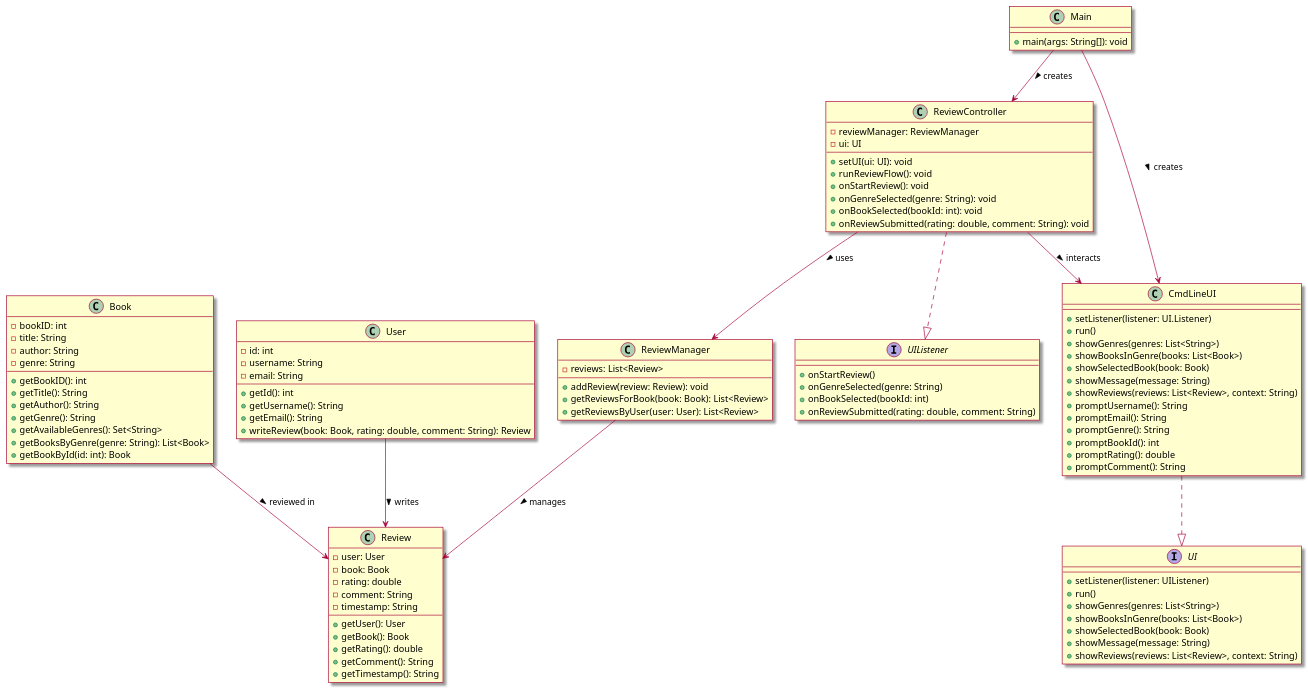
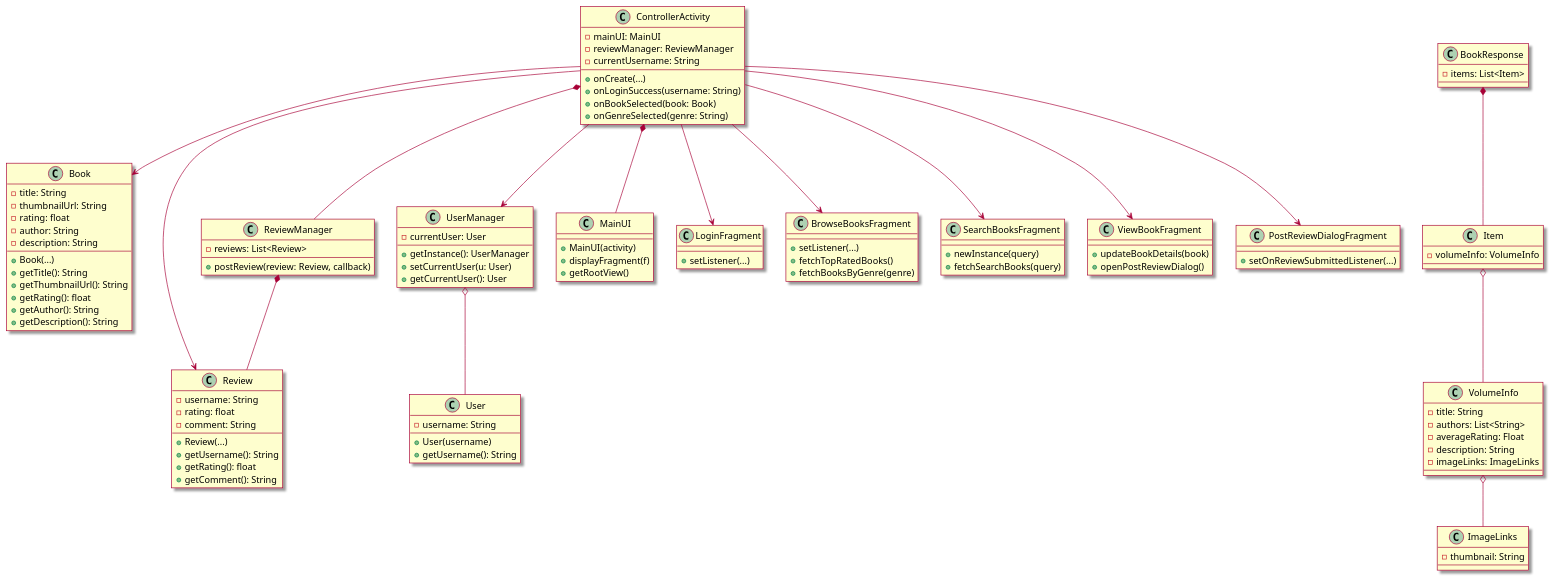
One commit to Khurshid03/team-2b changed the diagram in intellij/doc/class-diagram.md. Above: the diagram before and after it, drawn with PlantUML. The commit also changed 17 other files, not shown here.

````diff
--- a/intellij/doc/class-diagram.md
+++ b/intellij/doc/class-diagram.md
@@ -2,110 +1,131 @@
 ```plantuml
+@startuml
 
-@startuml
-skin rose 
+skin rose
+'— Model layer —
 class Book {
-    - bookID: int
-    - title: String
-    - author: String
-    - genre: String
-    + getBookID(): int
-    + getTitle(): String
-    + getAuthor(): String
-    + getGenre(): String
-    + getAvailableGenres(): Set<String>
-    + getBooksByGenre(genre: String): List<Book>
-    + getBookById(id: int): Book
+  - title: String
+  - thumbnailUrl: String
+  - rating: float
+  - author: String
+  - description: String
+  + Book(...)
+  + getTitle(): String
+  + getThumbnailUrl(): String
+  + getRating(): float
+  + getAuthor(): String
+  + getDescription(): String
+}
+
+class Review {
+  - username: String
+  - rating: float
+  - comment: String
+  + Review(...)
+  + getUsername(): String
+  + getRating(): float
+  + getComment(): String
+}
+
+class ReviewManager {
+  - reviews: List<Review>
+  + postReview(review: Review, callback)
 }
 
 class User {
-    - id: int
-    - username: String
-    - email: String
-    + getId(): int
-    + getUsername(): String
-    + getEmail(): String
-    + writeReview(book: Book, rating: double, comment: String): Review
+  - username: String
+  + User(username)
+  + getUsername(): String
 }
 
-
-class Review {
-    - user: User
-    - book: Book
-    - rating: double
-    - comment: String
-    - timestamp: String 
-    + getUser(): User
-    + getBook(): Book
-    + getRating(): double
-    + getComment(): String
-    + getTimestamp(): String
+class UserManager {
+  - currentUser: User
+  + getInstance(): UserManager
+  + setCurrentUser(u: User)
+  + getCurrentUser(): User
 }
 
-class ReviewManager {
-    - reviews: List<Review>
-    + addReview(review: Review): void
-    + getReviewsForBook(book: Book): List<Review>
-    + getReviewsByUser(user: User): List<Review>
+'— API response layer —
+class BookResponse {
+  - items: List<Item>
 }
 
-
-interface UI {
-    + setListener(listener: UIListener)
-    + run()
-    + showGenres(genres: List<String>)
-    + showBooksInGenre(books: List<Book>)
-    + showSelectedBook(book: Book)
-    + showMessage(message: String)
-    + showReviews(reviews: List<Review>, context: String)
+class Item {
+  - volumeInfo: VolumeInfo
 }
 
-interface UIListener {
-    + onStartReview()
-    + onGenreSelected(genre: String)
-    + onBookSelected(bookId: int)
-    + onReviewSubmitted(rating: double, comment: String)
+class VolumeInfo {
+  - title: String
+  - authors: List<String>
+  - averageRating: Float
+  - description: String
+  - imageLinks: ImageLinks
 }
 
-class CmdLineUI {
-    + setListener(listener: UI.Listener)
-    + run()
-    + showGenres(genres: List<String>)
-    + showBooksInGenre(books: List<Book>)
-    + showSelectedBook(book: Book)
-    + showMessage(message: String)
-    + showReviews(reviews: List<Review>, context: String)
-    + promptUsername(): String
-    + promptEmail(): String
-    + promptGenre(): String
-    + promptBookId(): int
-    + promptRating(): double
-    + promptComment(): String
+class ImageLinks {
+  - thumbnail: String
 }
 
-class ReviewController {
-    - reviewManager: ReviewManager
-    - ui: UI
-    + setUI(ui: UI): void
-    + runReviewFlow(): void
-    + onStartReview(): void
-    + onGenreSelected(genre: String): void
-    + onBookSelected(bookId: int): void
-    + onReviewSubmitted(rating: double, comment: String): void
+'— UI / Controller layer —
+class ControllerActivity {
+  - mainUI: MainUI
+  - reviewManager: ReviewManager
+  - currentUsername: String
+  + onCreate(...)
+  + onLoginSuccess(username: String)
+  + onBookSelected(book: Book)
+  + onGenreSelected(genre: String)
 }
 
-class Main {
-    + main(args: String[]): void
+class MainUI {
+  + MainUI(activity)
+  + displayFragment(f)
+  + getRootView()
 }
-Main --> ReviewController : creates >
-Main --> CmdLineUI : creates >
-User --> Review : writes >
-Book --> Review : reviewed in >
-ReviewManager --> Review : manages >
-CmdLineUI ..|> UI
-ReviewController ..|> UIListener
-ReviewController --> CmdLineUI : interacts >
-ReviewController --> ReviewManager : uses >
+
+class LoginFragment {
+  + setListener(...)
+}
+
+class BrowseBooksFragment {
+  + setListener(...)
+  + fetchTopRatedBooks()
+  + fetchBooksByGenre(genre)
+}
+
+class SearchBooksFragment {
+  + newInstance(query)
+  + fetchSearchBooks(query)
+}
+
+class ViewBookFragment {
+  + updateBookDetails(book)
+  + openPostReviewDialog()
+}
+
+class PostReviewDialogFragment {
+  + setOnReviewSubmittedListener(...)
+}
+
+'— Associations —
+ReviewManager *-- Review
+UserManager o-- User
+
+BookResponse *-- Item
+Item o-- VolumeInfo
+VolumeInfo o-- ImageLinks
+
+ControllerActivity *-- MainUI
+ControllerActivity *-- ReviewManager
+ControllerActivity --> UserManager
+ControllerActivity --> Book
+ControllerActivity --> Review
+
+ControllerActivity --> LoginFragment
+ControllerActivity --> BrowseBooksFragment
+ControllerActivity --> SearchBooksFragment
+ControllerActivity --> ViewBookFragment
+ControllerActivity --> PostReviewDialogFragment
 
 @enduml
-
 ```
````
